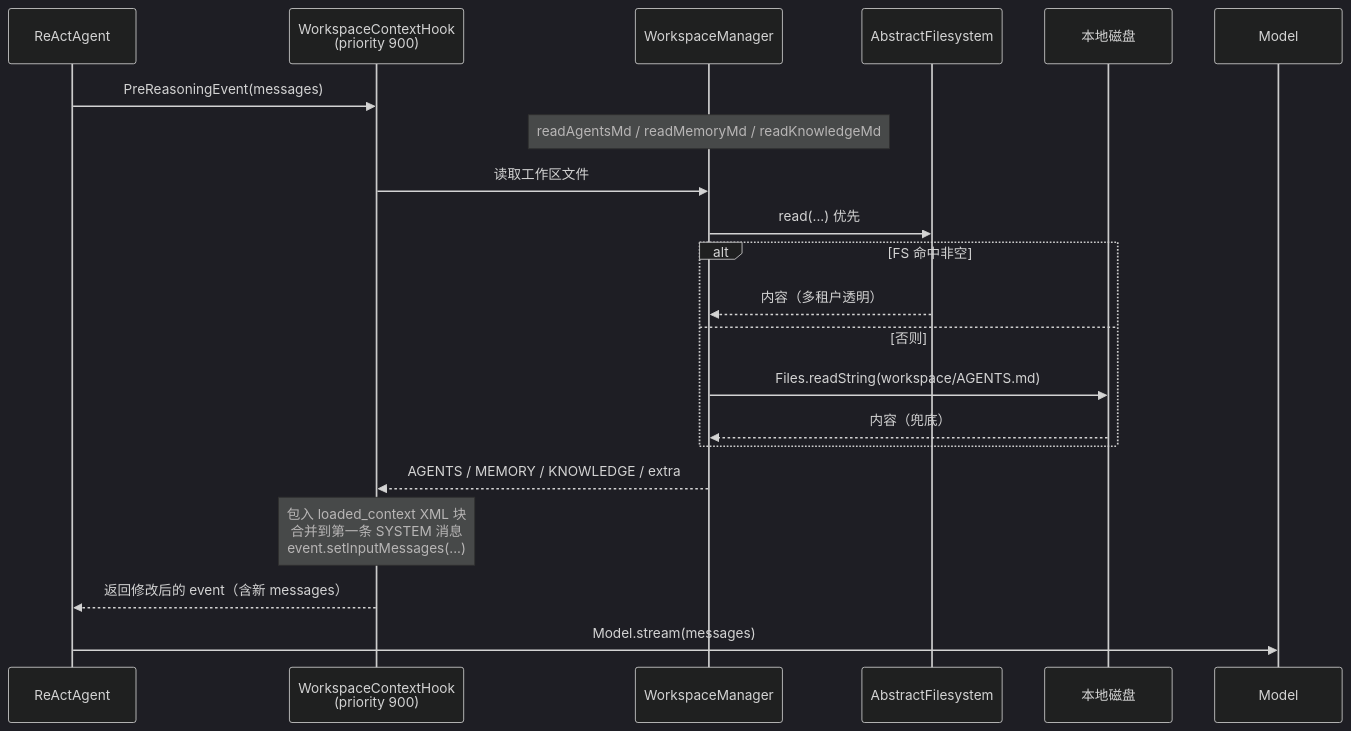
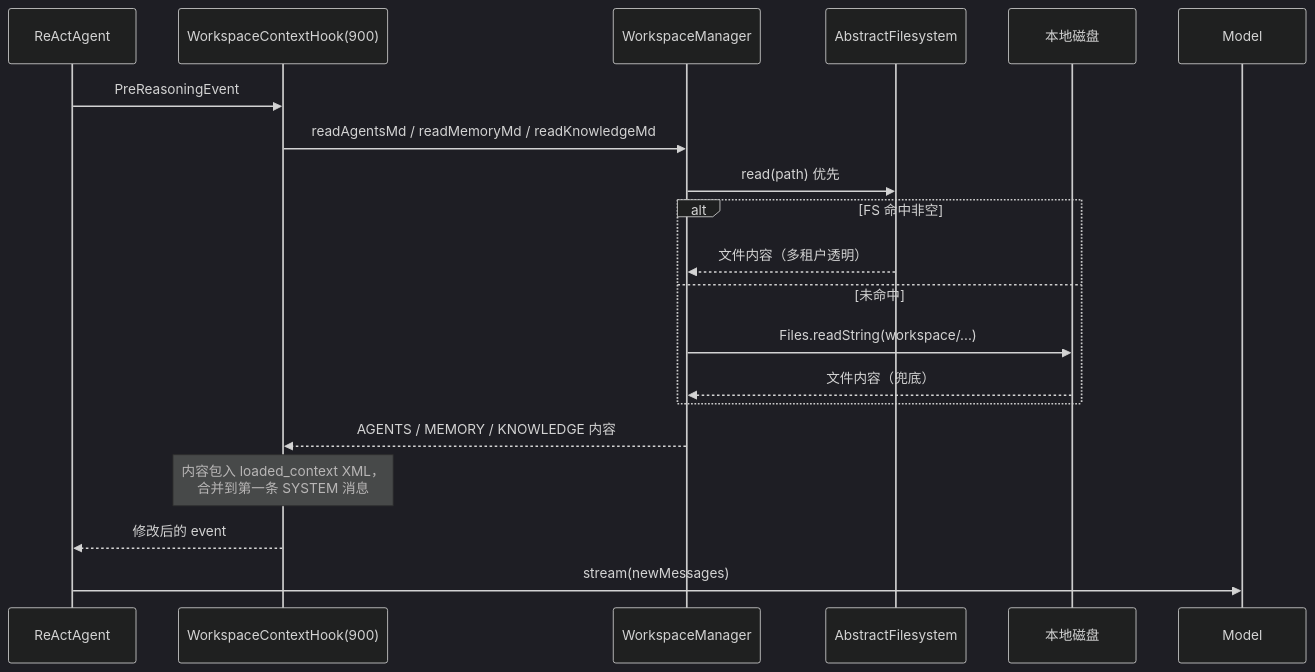
One commit to ongunao/agentscope-java changed the fifth of 8 diagrams in _sources/zh/harness/architecture.md. Above: the diagram before and after it, drawn with Mermaid (dark theme). The commit also changed other lines of this file and 133 other files, not shown here.

````diff
--- a/_sources/zh/harness/architecture.md
+++ b/_sources/zh/harness/architecture.md
@@ -244,24 +229,23 @@
-```mermaid
+```{mermaid}
 sequenceDiagram
     participant RA as ReActAgent
-    participant Hook as WorkspaceContextHook<br/>(priority 900)
+    participant Hook as WorkspaceContextHook(900)
     participant WM as WorkspaceManager
     participant FS as AbstractFilesystem
     participant LD as 本地磁盘
     participant M as Model
 
-    RA->>Hook: PreReasoningEvent(messages)
-    Note over WM: readAgentsMd / readMemoryMd / readKnowledgeMd
-    Hook->>WM: 读取工作区文件
-    WM->>FS: read(...) 优先
+    RA->>Hook: PreReasoningEvent
+    Hook->>WM: readAgentsMd / readMemoryMd / readKnowledgeMd
+    WM->>FS: read(path) 优先
     alt FS 命中非空
-        FS-->>WM: 内容（多租户透明）
-    else 否则
-        WM->>LD: Files.readString(workspace/AGENTS.md)
-        LD-->>WM: 内容（兜底）
+        FS-->>WM: 文件内容（多租户透明）
+    else 未命中
+        WM->>LD: Files.readString(workspace/...)
+        LD-->>WM: 文件内容（兜底）
     end
-    WM-->>Hook: AGENTS / MEMORY / KNOWLEDGE / extra
-    Note over Hook: 包入 loaded_context XML 块<br>合并到第一条 SYSTEM 消息<br>event.setInputMessages(...)
-    Hook-->>RA: 返回修改后的 event（含新 messages）
-    RA->>M: Model.stream(messages)
+    WM-->>Hook: AGENTS / MEMORY / KNOWLEDGE 内容
+    Note over Hook: 内容包入 loaded_context XML，<br>合并到第一条 SYSTEM 消息
+    Hook-->>RA: 修改后的 event
+    RA->>M: stream(newMessages)
 ```
````
